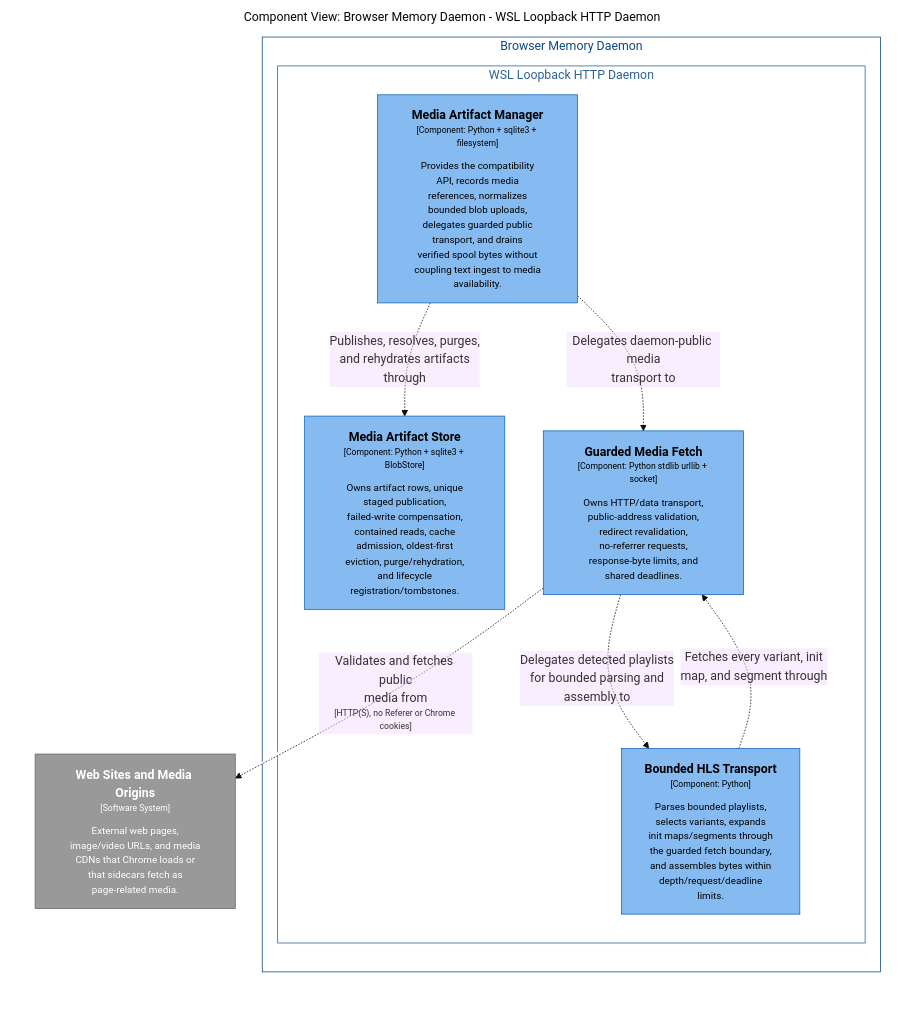
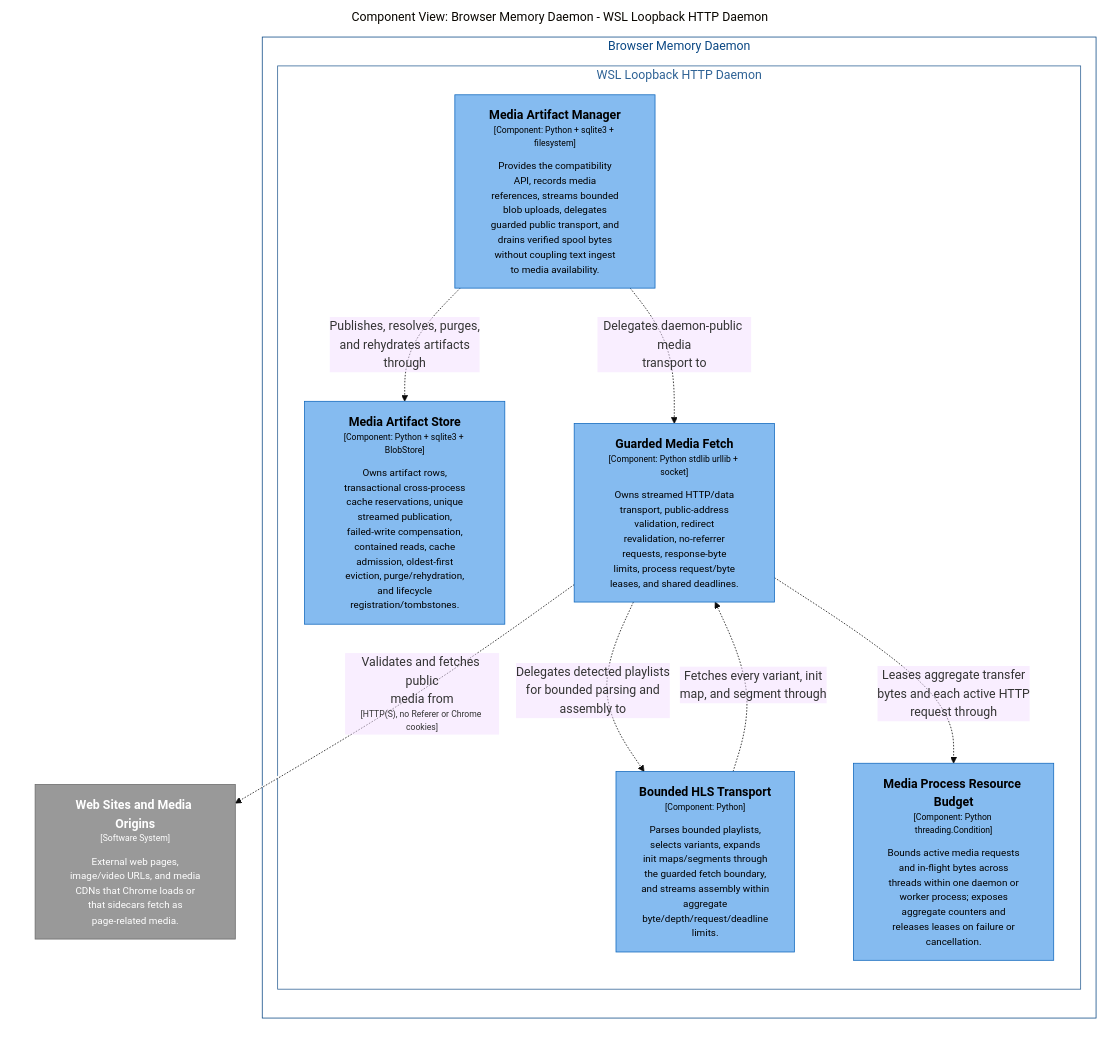
One commit to michaelnicks0/browser-memory-daemon changed the diagram in docs/architecture/diagrams/markdown/DaemonMediaTransportComponents.md. Above: the diagram before and after it, drawn with Mermaid (base theme). The commit also changed 197 other files, not shown here.

Commit message:
feat(media): stream artifacts with global resource budgets

````diff
--- a/docs/architecture/diagrams/markdown/DaemonMediaTransportComponents.md
+++ b/docs/architecture/diagrams/markdown/DaemonMediaTransportComponents.md
@@ -16,36 +16,39 @@
 ```mermaid
 graph LR
   linkStyle default fill:#ffffff
 
   subgraph diagram ["Component View: Browser Memory Daemon - WSL Loopback HTTP Daemon"]
     style diagram fill:#ffffff,stroke:#ffffff
 
     3["<div style='font-weight: bold'>Web Sites and Media Origins</div><div style='font-size: 70%; margin-top: 0px'>[Software System]</div><div style='font-size: 80%; margin-top:10px'>External web pages,<br />image/video URLs, and media<br />CDNs that Chrome loads or<br />that sidecars fetch as<br />page-related media.</div>"]
     style 3 fill:#999999,stroke:#6b6b6b,color:#ffffff
 
     subgraph 4 ["Browser Memory Daemon"]
       style 4 fill:#ffffff,stroke:#0b4884,color:#0b4884
 
       subgraph 14 ["WSL Loopback HTTP Daemon"]
         style 14 fill:#ffffff,stroke:#2e6295,color:#2e6295
 
-        21["<div style='font-weight: bold'>Media Artifact Manager</div><div style='font-size: 70%; margin-top: 0px'>[Component: Python + sqlite3 + filesystem]</div><div style='font-size: 80%; margin-top:10px'>Provides the compatibility<br />API, records media<br />references, normalizes<br />bounded blob uploads,<br />delegates guarded public<br />transport, and drains<br />verified spool bytes without<br />coupling text ingest to media<br />availability.</div>"]
+        21["<div style='font-weight: bold'>Media Artifact Manager</div><div style='font-size: 70%; margin-top: 0px'>[Component: Python + sqlite3 + filesystem]</div><div style='font-size: 80%; margin-top:10px'>Provides the compatibility<br />API, records media<br />references, streams bounded<br />blob uploads, delegates<br />guarded public transport, and<br />drains verified spool bytes<br />without coupling text ingest<br />to media availability.</div>"]
         style 21 fill:#85bbf0,stroke:#1168bd,color:#000000
-        24["<div style='font-weight: bold'>Media Artifact Store</div><div style='font-size: 70%; margin-top: 0px'>[Component: Python + sqlite3 + BlobStore]</div><div style='font-size: 80%; margin-top:10px'>Owns artifact rows, unique<br />staged publication,<br />failed-write compensation,<br />contained reads, cache<br />admission, oldest-first<br />eviction, purge/rehydration,<br />and lifecycle<br />registration/tombstones.</div>"]
+        24["<div style='font-weight: bold'>Media Artifact Store</div><div style='font-size: 70%; margin-top: 0px'>[Component: Python + sqlite3 + BlobStore]</div><div style='font-size: 80%; margin-top:10px'>Owns artifact rows,<br />transactional cross-process<br />cache reservations, unique<br />streamed publication,<br />failed-write compensation,<br />contained reads, cache<br />admission, oldest-first<br />eviction, purge/rehydration,<br />and lifecycle<br />registration/tombstones.</div>"]
         style 24 fill:#85bbf0,stroke:#1168bd,color:#000000
-        25["<div style='font-weight: bold'>Guarded Media Fetch</div><div style='font-size: 70%; margin-top: 0px'>[Component: Python stdlib urllib + socket]</div><div style='font-size: 80%; margin-top:10px'>Owns HTTP/data transport,<br />public-address validation,<br />redirect revalidation,<br />no-referrer requests,<br />response-byte limits, and<br />shared deadlines.</div>"]
+        25["<div style='font-weight: bold'>Guarded Media Fetch</div><div style='font-size: 70%; margin-top: 0px'>[Component: Python stdlib urllib + socket]</div><div style='font-size: 80%; margin-top:10px'>Owns streamed HTTP/data<br />transport, public-address<br />validation, redirect<br />revalidation, no-referrer<br />requests, response-byte<br />limits, process request/byte<br />leases, and shared deadlines.</div>"]
         style 25 fill:#85bbf0,stroke:#1168bd,color:#000000
-        26["<div style='font-weight: bold'>Bounded HLS Transport</div><div style='font-size: 70%; margin-top: 0px'>[Component: Python]</div><div style='font-size: 80%; margin-top:10px'>Parses bounded playlists,<br />selects variants, expands<br />init maps/segments through<br />the guarded fetch boundary,<br />and assembles bytes within<br />depth/request/deadline<br />limits.</div>"]
+        26["<div style='font-weight: bold'>Bounded HLS Transport</div><div style='font-size: 70%; margin-top: 0px'>[Component: Python]</div><div style='font-size: 80%; margin-top:10px'>Parses bounded playlists,<br />selects variants, expands<br />init maps/segments through<br />the guarded fetch boundary,<br />and streams assembly within<br />aggregate<br />byte/depth/request/deadline<br />limits.</div>"]
         style 26 fill:#85bbf0,stroke:#1168bd,color:#000000
+        28["<div style='font-weight: bold'>Media Process Resource Budget</div><div style='font-size: 70%; margin-top: 0px'>[Component: Python threading.Condition]</div><div style='font-size: 80%; margin-top:10px'>Bounds active media requests<br />and in-flight bytes across<br />threads within one daemon or<br />worker process; exposes<br />aggregate counters and<br />releases leases on failure or<br />cancellation.</div>"]
+        style 28 fill:#85bbf0,stroke:#1168bd,color:#000000
       end
 
     end
 
+    21-. "<div>Publishes, resolves, purges,<br />and rehydrates artifacts<br />through</div><div style='font-size: 70%'></div>" .->24
+    21-. "<div>Delegates daemon-public media<br />transport to</div><div style='font-size: 70%'></div>" .->25
     25-. "<div>Delegates detected playlists<br />for bounded parsing and<br />assembly to</div><div style='font-size: 70%'></div>" .->26
+    25-. "<div>Leases aggregate transfer<br />bytes and each active HTTP<br />request through</div><div style='font-size: 70%'></div>" .->28
     25-. "<div>Validates and fetches public<br />media from</div><div style='font-size: 70%'>[HTTP(S), no Referer or Chrome cookies]</div>" .->3
     26-. "<div>Fetches every variant, init<br />map, and segment through</div><div style='font-size: 70%'></div>" .->25
-    21-. "<div>Publishes, resolves, purges,<br />and rehydrates artifacts<br />through</div><div style='font-size: 70%'></div>" .->24
-    21-. "<div>Delegates daemon-public media<br />transport to</div><div style='font-size: 70%'></div>" .->25
 
   end
 ```
````
